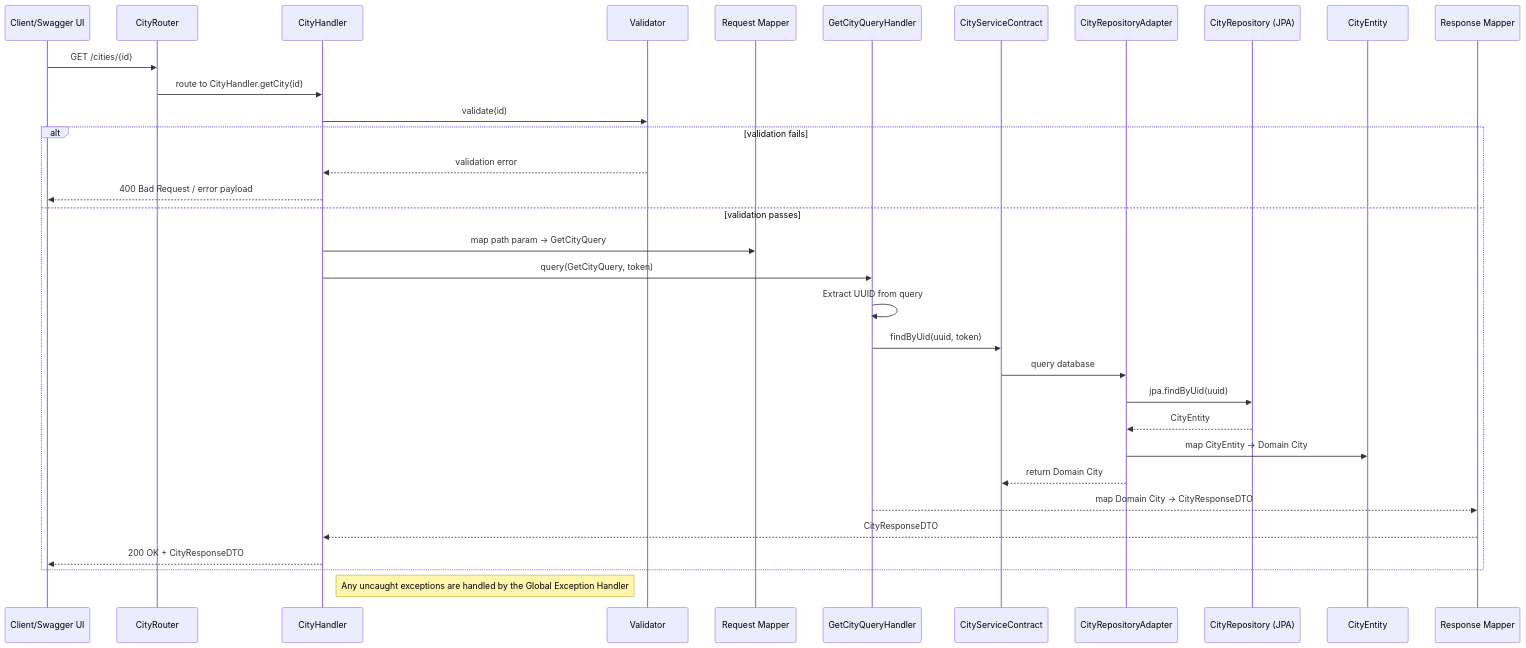
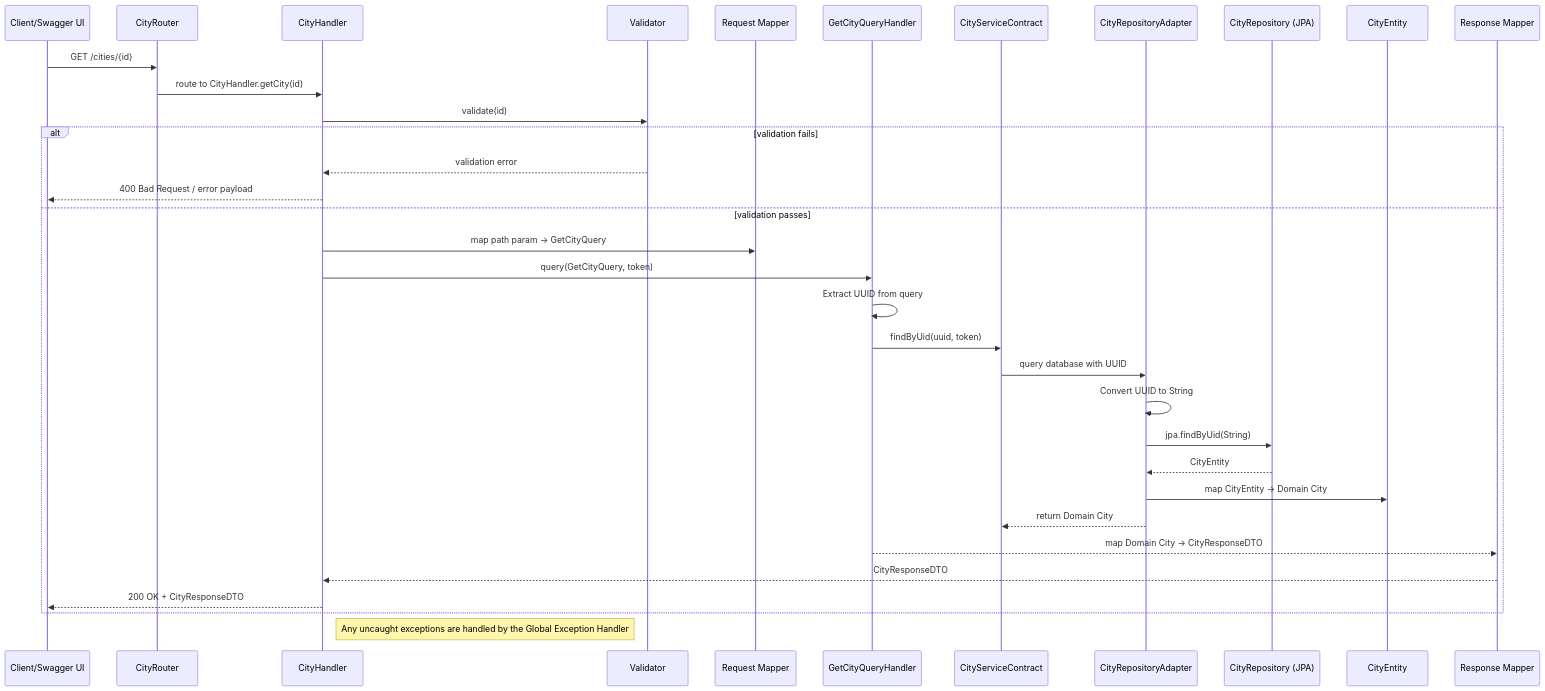
One commit to rajib-reea/spring-hexagonal-pjt changed the third of 3 diagrams in Architecture.md. Above: the diagram before and after it, drawn with Mermaid.

Commit message:
Fix sequence diagram to show UUID to String conversion in adapter

````diff
--- a/Architecture.md
+++ b/Architecture.md
@@ -253,37 +253,38 @@
 ```mermaid
 sequenceDiagram
     participant Client as Client/Swagger UI
     participant Router as CityRouter
     participant Handler as CityHandler
     participant Validator as Validator
     participant ReqMapper as Request Mapper
     participant UseCase as GetCityQueryHandler
     participant Persistence as CityServiceContract
     participant Adapter as CityRepositoryAdapter
     participant Repo as CityRepository (JPA)
     participant Entity as CityEntity
     participant ResMapper as Response Mapper
 
     Client->>Router: GET /cities/{id}
     Router->>Handler: route to CityHandler.getCity(id)
     Handler->>Validator: validate(id)
     alt validation fails
         Validator-->>Handler: validation error
         Handler-->>Client: 400 Bad Request / error payload
     else validation passes
         Handler->>ReqMapper: map path param -> GetCityQuery
         Handler->>UseCase: query(GetCityQuery, token)
         UseCase->>UseCase: Extract UUID from query
         UseCase->>Persistence: findByUid(uuid, token)
-        Persistence->>Adapter: query database
-        Adapter->>Repo: jpa.findByUid(uuid)
+        Persistence->>Adapter: query database with UUID
+        Adapter->>Adapter: Convert UUID to String
+        Adapter->>Repo: jpa.findByUid(String)
         Repo-->>Adapter: CityEntity
         Adapter->>Entity: map CityEntity -> Domain City
         Adapter-->>Persistence: return Domain City
         UseCase-->>ResMapper: map Domain City -> CityResponseDTO
         ResMapper-->>Handler: CityResponseDTO
         Handler-->>Client: 200 OK + CityResponseDTO
     end
 
     note right of Handler: Any uncaught exceptions are handled by the Global Exception Handler
 ```
````
